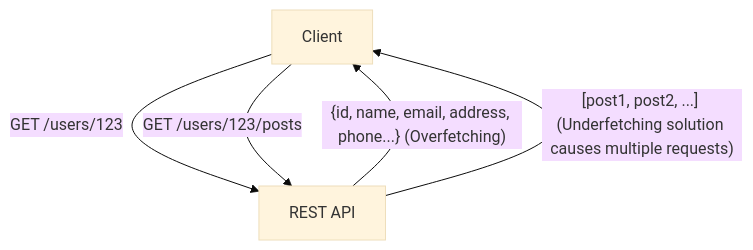
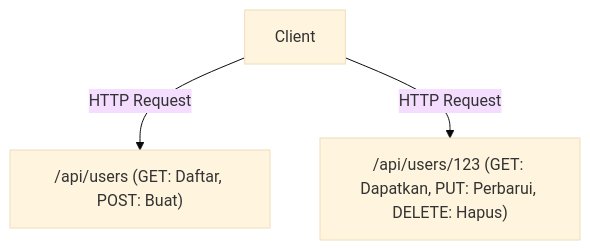
One commit to kenjinote/blog changed the diagram in content/post/graphql-vs-rest-api-design/index.id.md. Above: the diagram before and after it, drawn with Mermaid (base theme). The commit also changed other lines of this file and 69 other files, not shown here.

````diff
--- a/content/post/graphql-vs-rest-api-design/index.id.md
+++ b/content/post/graphql-vs-rest-api-design/index.id.md
@@ -47,7 +22,8 @@
 ```mermaid
-graph TD
-    A["Client"] -- "GET /users/123" --> B["REST API"]
-    B -- "{id, name, email, address, phone...} (Overfetching)" --> A
-    A -- "GET /users/123/posts" --> B
-    B -- "[post1, post2, ...] (Underfetching solution causes multiple requests)" --> A
+flowchart TD
+    Client["Client"]
+    Users["/api/users (GET: Daftar, POST: Buat)"]
+    UserItem["/api/users/123 (GET: Dapatkan, PUT: Perbarui, DELETE: Hapus)"]
+    Client -- "HTTP Request" --> Users
+    Client -- "HTTP Request" --> UserItem
 ```
````
